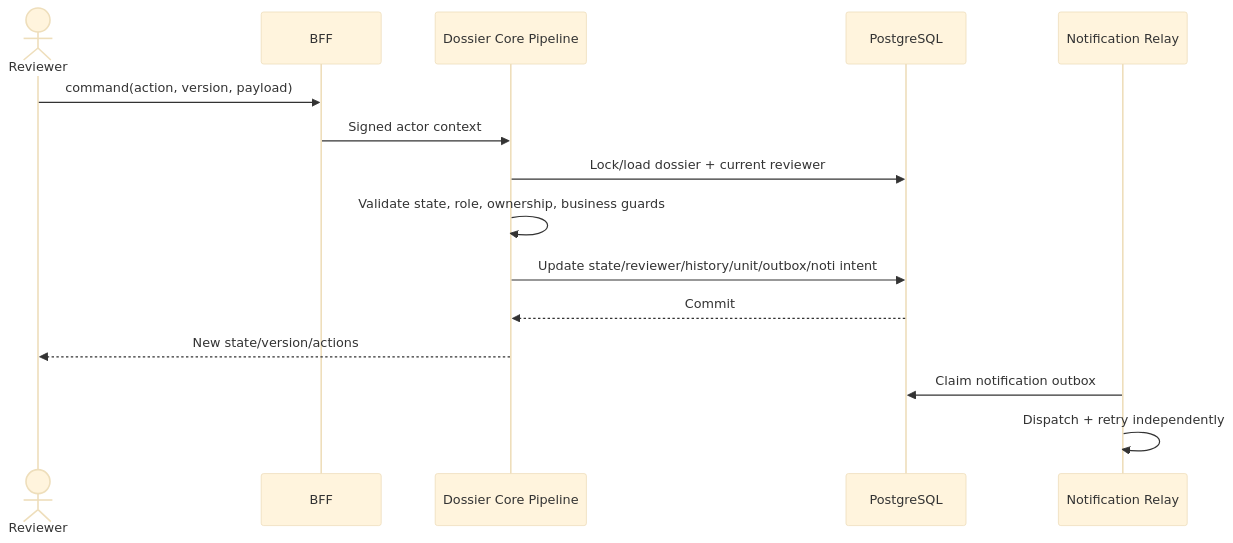
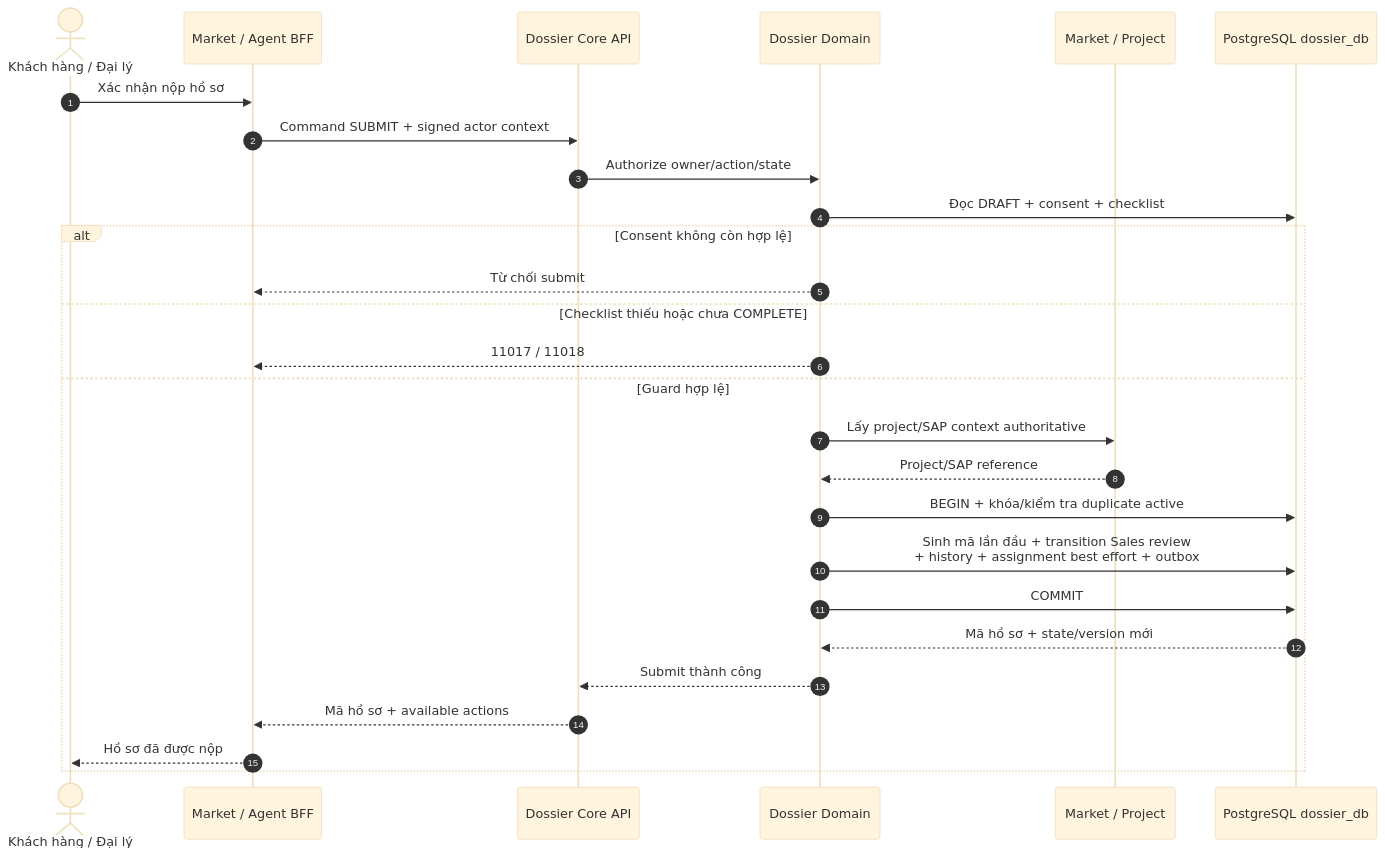
Before and after one commit to huynv-xyz/vhm: diagram 12 of 15 in tdd-dossier.md, drawn with Mermaid (base theme). The commit also changed other lines of this file, not shown here.

````diff
--- a/tdd-dossier.md
+++ b/tdd-dossier.md
@@ -613,18 +968,30 @@
 ```mermaid
 sequenceDiagram
-    actor R as Reviewer
-    participant A as BFF
-    participant C as Dossier Core Pipeline
-    participant D as PostgreSQL
-    participant N as Notification Relay
+    autonumber
+    actor User as Khách hàng / Đại lý
+    participant BFF as Market / Agent BFF
+    participant API as Dossier Core API
+    participant Domain as Dossier Domain
+    participant Project as Market / Project
+    participant DB as PostgreSQL dossier_db
 
-    R->>A: command(action, version, payload)
-    A->>C: Signed actor context
-    C->>D: Lock/load dossier + current reviewer
-    C->>C: Validate state, role, ownership, business guards
-    C->>D: Update state/reviewer/history/unit/outbox/noti intent
-    D-->>C: Commit
-    C-->>R: New state/version/actions
-    N->>D: Claim notification outbox
-    N->>N: Dispatch + retry independently
+    User->>BFF: Xác nhận nộp hồ sơ
+    BFF->>API: Command SUBMIT + signed actor context
+    API->>Domain: Authorize owner/action/state
+    Domain->>DB: Đọc DRAFT + consent + checklist
+    alt Consent không còn hợp lệ
+        Domain-->>BFF: Từ chối submit
+    else Checklist thiếu hoặc chưa COMPLETE
+        Domain-->>BFF: 11017 / 11018
+    else Guard hợp lệ
+        Domain->>Project: Lấy project/SAP context authoritative
+        Project-->>Domain: Project/SAP reference
+        Domain->>DB: BEGIN + khóa/kiểm tra duplicate active
+        Domain->>DB: Sinh mã lần đầu + transition Sales review<br/>+ history + assignment best effort + outbox
+        Domain->>DB: COMMIT
+        DB-->>Domain: Mã hồ sơ + state/version mới
+        Domain-->>API: Submit thành công
+        API-->>BFF: Mã hồ sơ + available actions
+        BFF-->>User: Hồ sơ đã được nộp
+    end
 ```
````
